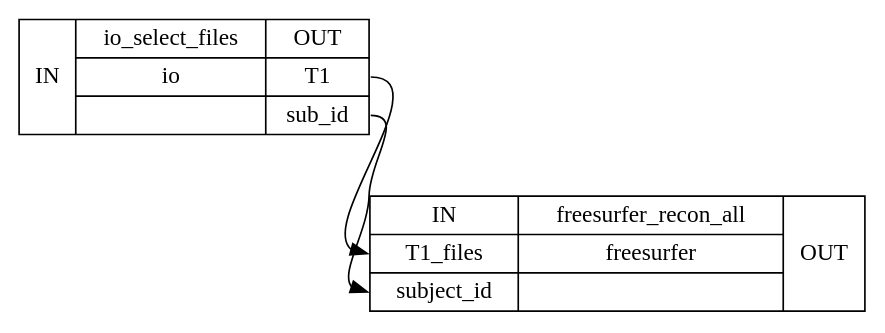
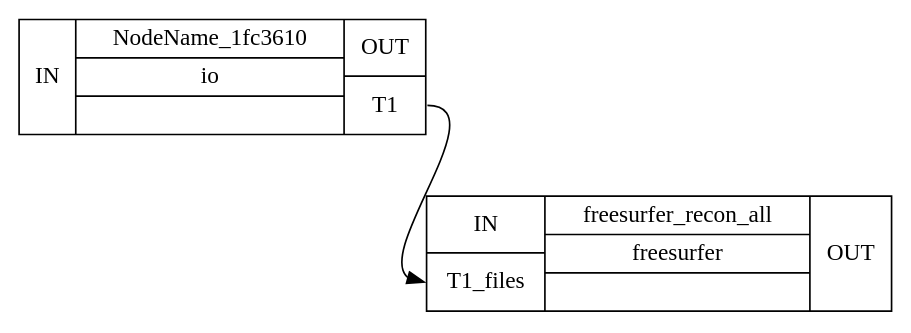
One commit to DimuthuHemachandra/hcp_360 changed the diagram in GIRAFFE/code/graph_detailed.dot. Above: the diagram before and after it, drawn with Graphviz. The commit also changed 16 other files, not shown here.

```diff
--- a/GIRAFFE/code/graph_detailed.dot
+++ b/GIRAFFE/code/graph_detailed.dot
@@ -1,7 +1,6 @@
 digraph structs {
 node [shape=record];
-MyWorkflowio_select_files [label="{IN}|{ io_select_files | io |  }|{OUT|<outT1> T1|<outsubid> sub_id}"];
-MyWorkflowfreesurfer_recon_all [label="{IN|<inT1files> T1_files|<insubjectid> subject_id}|{ freesurfer_recon_all | freesurfer |  }|{OUT}"];
-MyWorkflowio_select_files:outT1:e -> MyWorkflowfreesurfer_recon_all:inT1files:w;
-MyWorkflowio_select_files:outsubid:e -> MyWorkflowfreesurfer_recon_all:insubjectid:w;
+MyWorkflowNodeName_1fc3610 [label="{IN}|{ NodeName_1fc3610 | io |  }|{OUT|<outT1> T1}"];
+MyWorkflowfreesurfer_recon_all [label="{IN|<inT1files> T1_files}|{ freesurfer_recon_all | freesurfer |  }|{OUT}"];
+MyWorkflowNodeName_1fc3610:outT1:e -> MyWorkflowfreesurfer_recon_all:inT1files:w;
 }
```
